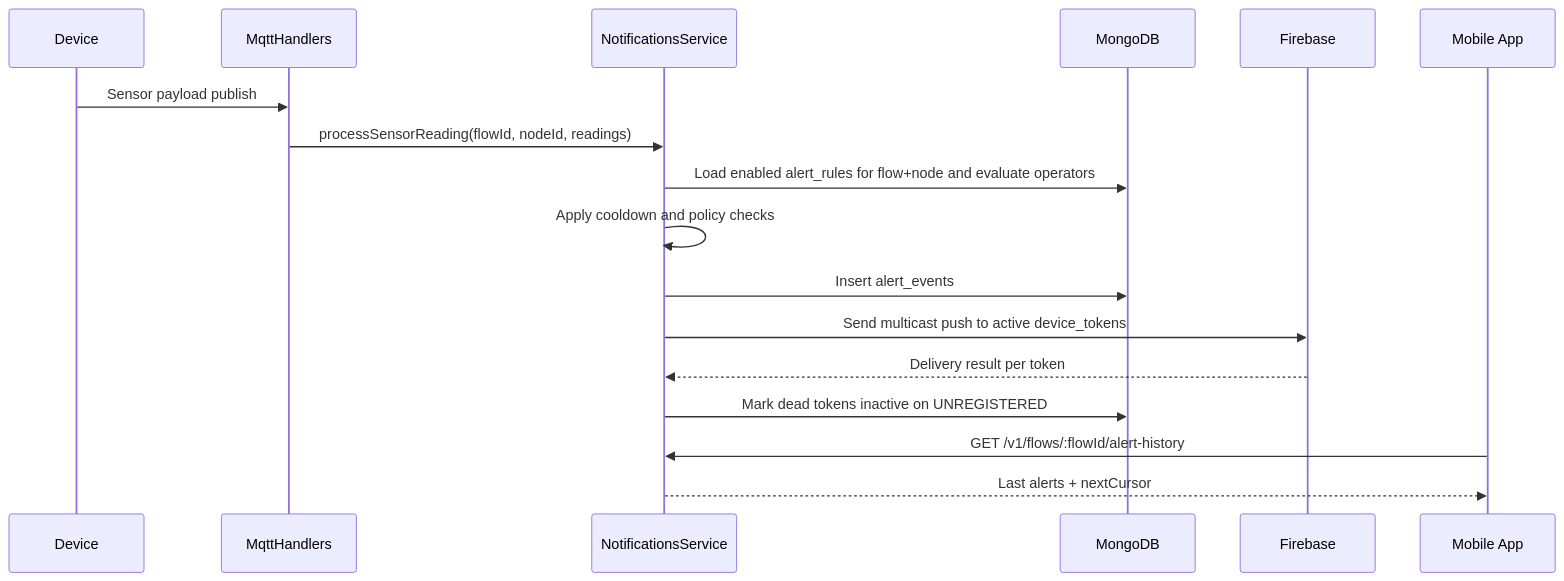
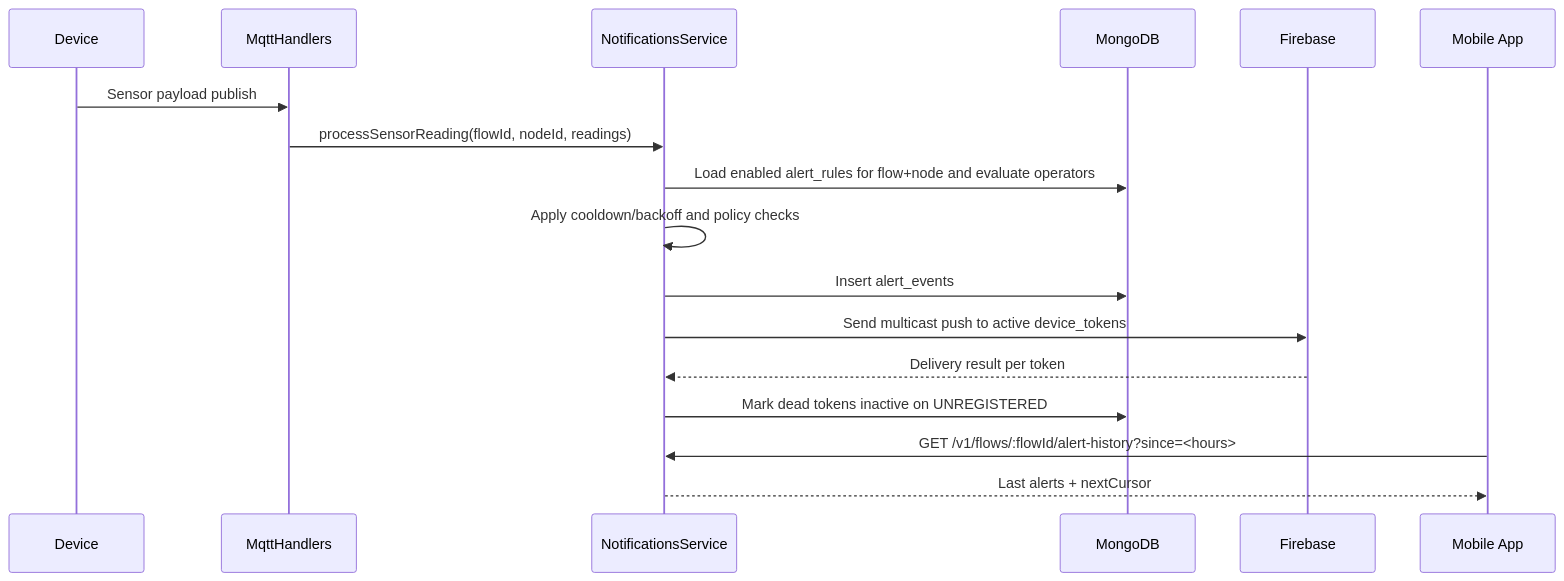
The fifth of 5 diagrams in docs/arch.md (ahmed-atef-gad/nexusflow-backend), drawn with Mermaid before and after one commit. The commit also changed other lines of this file and 6 other files, not shown here.

Commit message:
feat: add 'since' query parameter for alert history and implement gas alert backoff logic

````diff
--- a/docs/arch.md
+++ b/docs/arch.md
@@ -164,21 +165,21 @@
 ```mermaid
 sequenceDiagram
     participant ESP as Device
     participant MQTT as MqttHandlers
     participant N as NotificationsService
     participant DB as MongoDB
     participant FCM as Firebase
     participant App as Mobile App
 
     ESP->>MQTT: Sensor payload publish
     MQTT->>N: processSensorReading(flowId, nodeId, readings)
     N->>DB: Load enabled alert_rules for flow+node and evaluate operators
-    N->>N: Apply cooldown and policy checks
+    N->>N: Apply cooldown/backoff and policy checks
     N->>DB: Insert alert_events
     N->>FCM: Send multicast push to active device_tokens
     FCM-->>N: Delivery result per token
     N->>DB: Mark dead tokens inactive on UNREGISTERED
 
-    App->>N: GET /v1/flows/:flowId/alert-history
+    App->>N: GET /v1/flows/:flowId/alert-history?since=<hours>
     N-->>App: Last alerts + nextCursor
 ```
````
